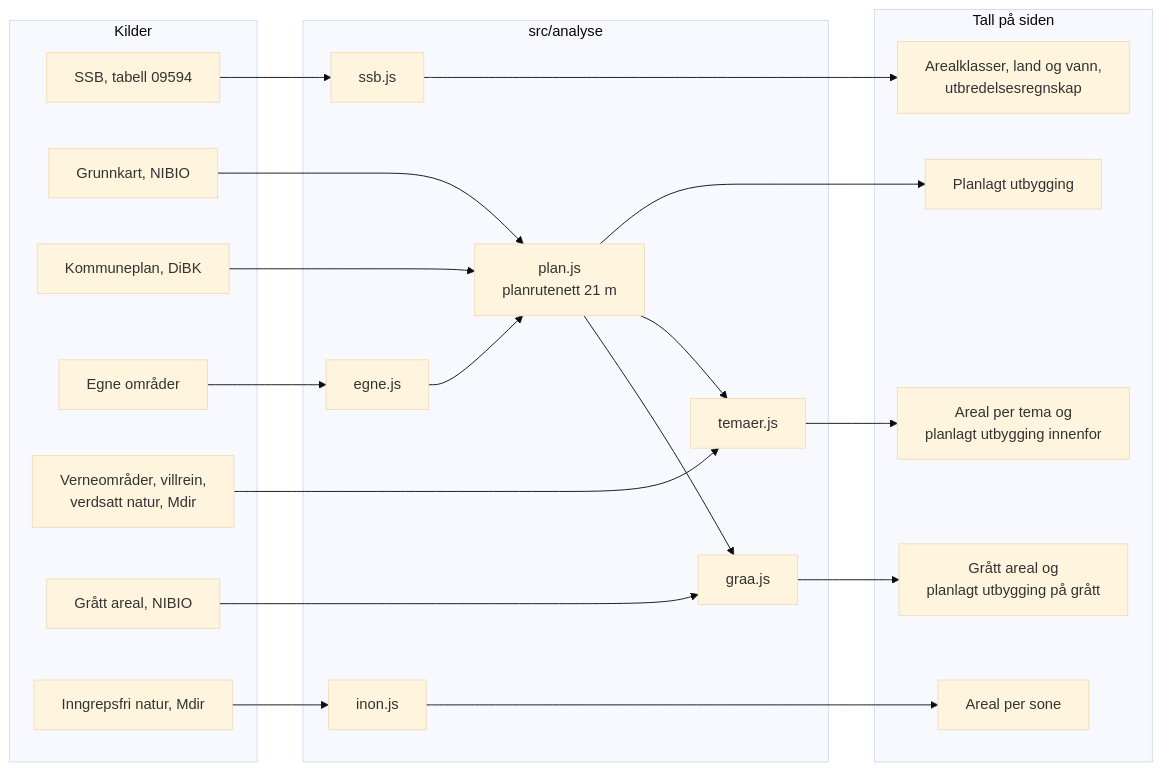
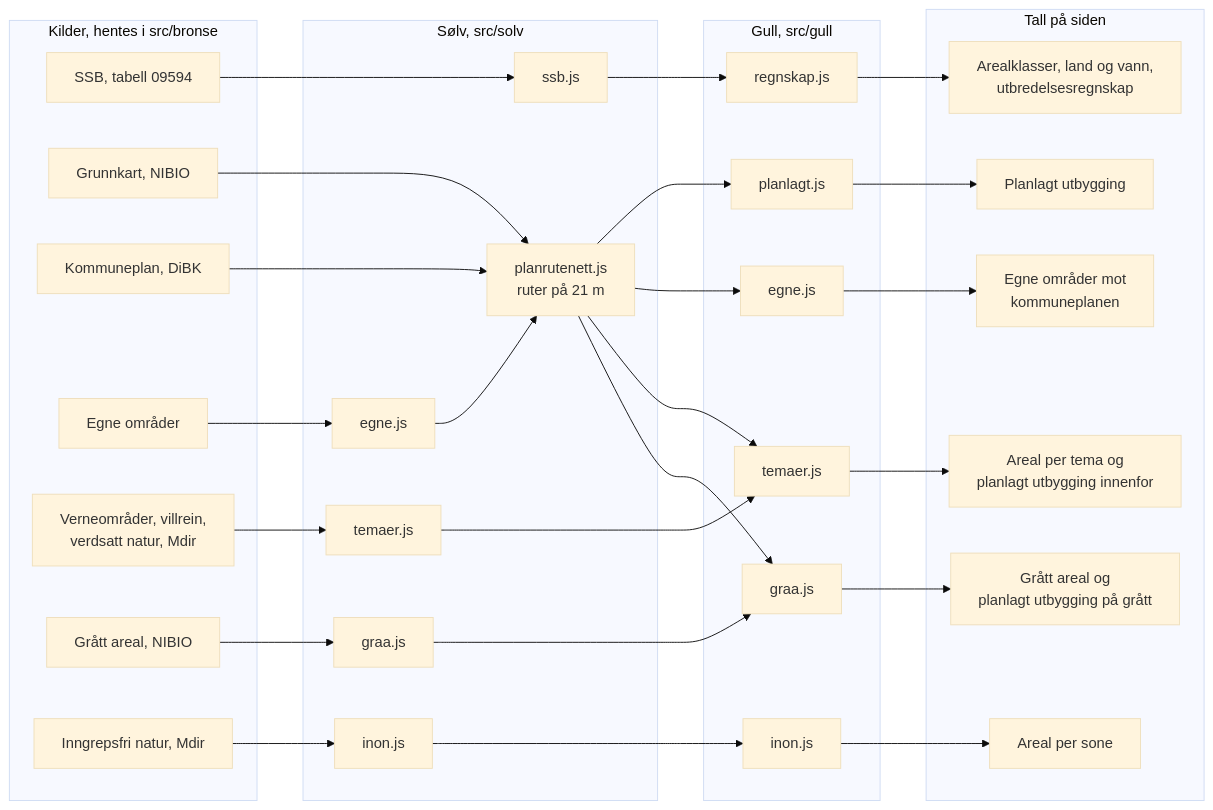
The diagram in METODE.md (eirikvk/Publicdemorepo), drawn with Mermaid (base theme) before and after one commit. The commit also changed other lines of this file and 4 other files, not shown here.

First line of the commit message:
Bronse, sølv og gull: regler for retningen mellom lagene, og dokumentasjonen

````diff
--- a/METODE.md
+++ b/METODE.md
@@ -25,37 +26,47 @@
 ```mermaid
 flowchart LR
-  subgraph Kilder
+  subgraph Kilder["Kilder, hentes i src/bronse"]
     SSB["SSB, tabell 09594"]
     NIBIO["Grunnkart, NIBIO"]
     DiBK["Kommuneplan, DiBK"]
     Bruker["Egne områder"]
     Mdir["Verneområder, villrein,<br/>verdsatt natur, Mdir"]
     GRAA["Grått areal, NIBIO"]
     INON["Inngrepsfri natur, Mdir"]
   end
-  subgraph Analyser["src/analyse"]
-    ssb["ssb.js"]
-    egne["egne.js"]
-    plan["plan.js<br/>planrutenett 21 m"]
-    temaer["temaer.js"]
-    graa["graa.js"]
-    inon["inon.js"]
+  subgraph Solv["Sølv, src/solv"]
+    sssb["ssb.js"]
+    segne["egne.js"]
+    splan["planrutenett.js<br/>ruter på 21 m"]
+    stemaer["temaer.js"]
+    sgraa["graa.js"]
+    sinon["inon.js"]
+  end
+  subgraph Gull["Gull, src/gull"]
+    gregnskap["regnskap.js"]
+    gplan["planlagt.js"]
+    gegne["egne.js"]
+    gtemaer["temaer.js"]
+    ggraa["graa.js"]
+    ginon["inon.js"]
   end
   subgraph Tall["Tall på siden"]
     T1["Arealklasser, land og vann,<br/>utbredelsesregnskap"]
     T2["Planlagt utbygging"]
+    T6["Egne områder mot<br/>kommuneplanen"]
     T3["Areal per tema og<br/>planlagt utbygging innenfor"]
     T5["Grått areal og<br/>planlagt utbygging på grått"]
     T4["Areal per sone"]
   end
-  SSB --> ssb --> T1
-  NIBIO --> plan
-  DiBK --> plan
-  Bruker --> egne --> plan
-  plan --> T2
-  Mdir --> temaer
-  plan --> temaer --> T3
-  GRAA --> graa
-  plan --> graa --> T5
-  INON --> inon --> T4
+  SSB --> sssb --> gregnskap --> T1
+  NIBIO --> splan
+  DiBK --> splan
+  Bruker --> segne --> splan
+  splan --> gplan --> T2
+  splan --> gegne --> T6
+  Mdir --> stemaer --> gtemaer --> T3
+  splan --> gtemaer
+  GRAA --> sgraa --> ggraa --> T5
+  splan --> ggraa
+  INON --> sinon --> ginon --> T4
 ```
````
